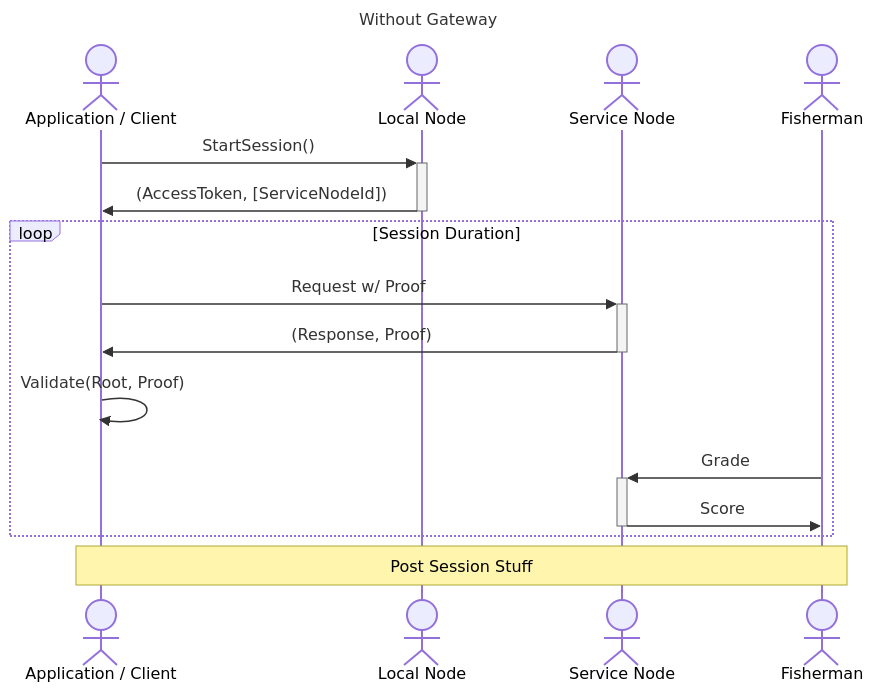
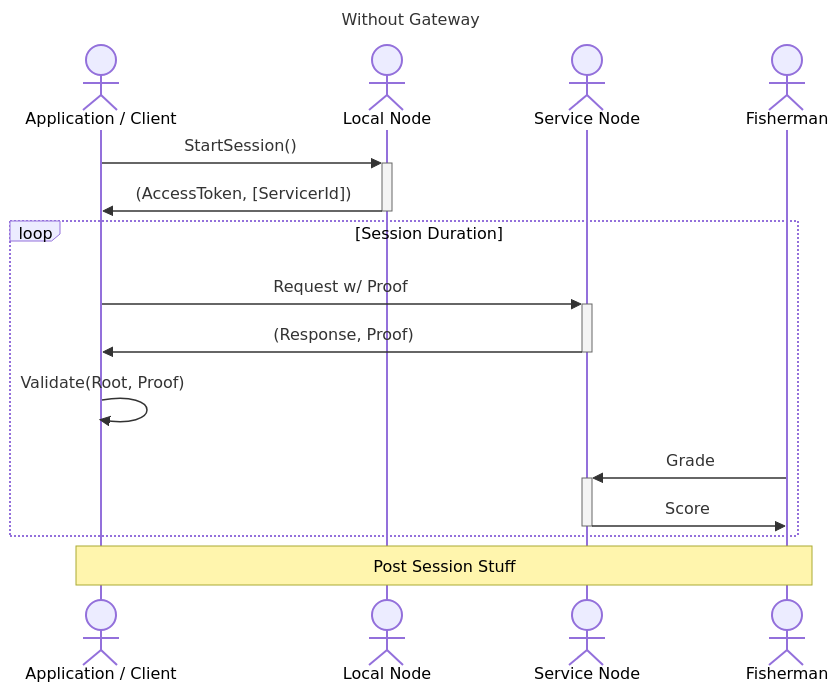
Before and after one commit to pokt-network/pocket-network-protocol: diagram 11 of 11 in utility/README.md, drawn with Mermaid. The commit also changed other lines of this file, not shown here.

Commit message:
Updated Service Node(s) to Servicer(s)

````diff
--- a/utility/README.md
+++ b/utility/README.md
@@ -697,27 +716,27 @@
 ```mermaid
 sequenceDiagram
 title Without Gateway
 actor AC as Application / Client
 actor LN as Local Node
 actor SN as Service Node
 actor F as Fisherman
 
     AC->>+LN: StartSession()
-    LN->>-AC: (AccessToken, [ServiceNodeId])
+    LN->>-AC: (AccessToken, [ServicerId])
 
     loop Session Duration
         %% AC->>+SN: Request
         %% SN->>-AC: Response
 
         %% AC->>AC: Proof? Challange?
         AC->>+SN: Request w/ Proof
         SN->>-AC: (Response, Proof)
 
         AC->>AC: Validate(Root, Proof)
 
         F->>+SN: Grade
         SN->>-F: Score
     end
 
     note over AC, F: Post Session Stuff
 ```
````
